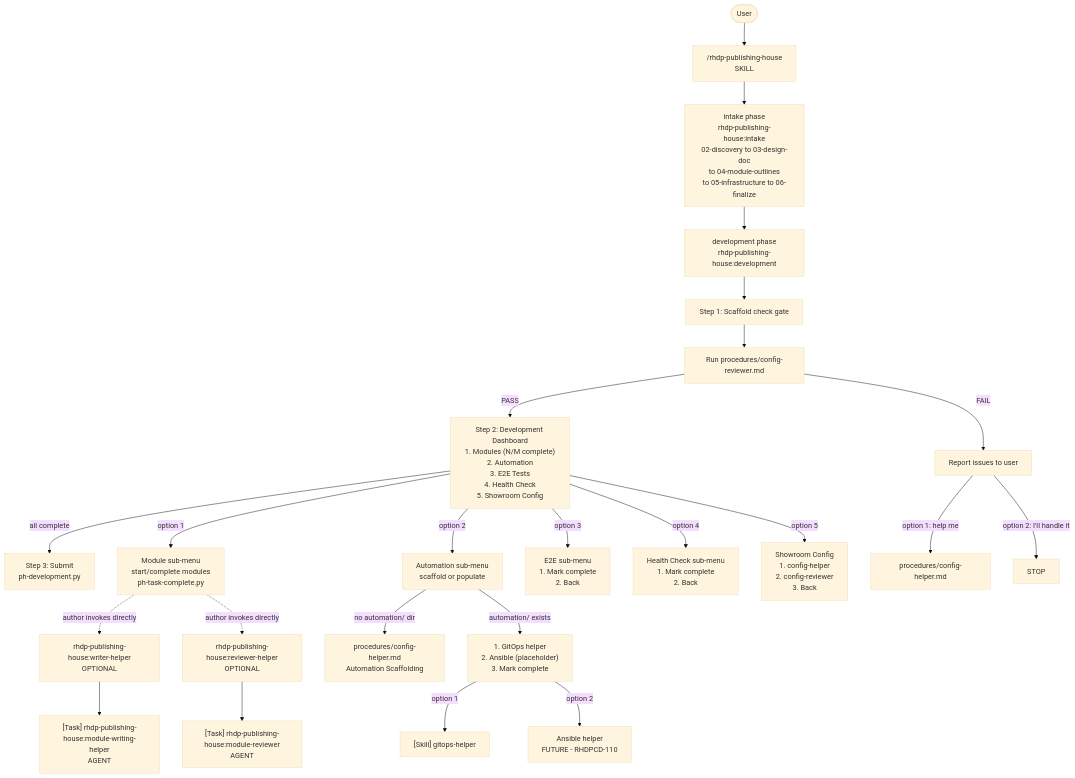
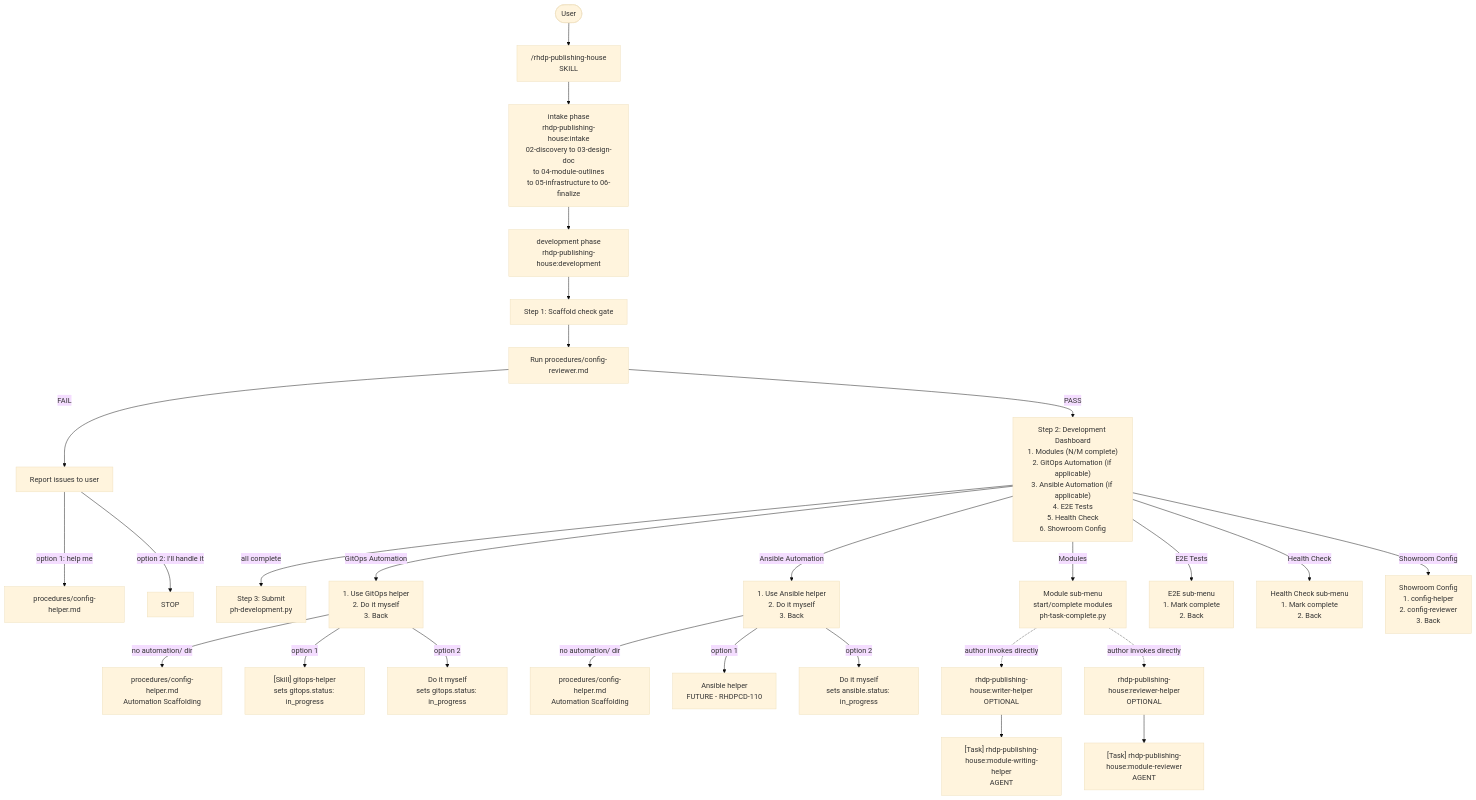
One commit to rhpds/rhdp-publishing-house-skills changed the diagram in skills/development/references/workflow-diagram.md. Above: the diagram before and after it, drawn with Mermaid (base theme). The commit also changed other lines of this file and 2 other files, not shown here.

Commit message:
feat: split automation status into per-child gitops/ansible tracking
Dashboard now shows GitOps Automation and Ansible Automation as
separate rows based on project.automation_type. Each offers
"use helper" or "do it myself" — both set in_progress. GitOps
helper marks development.automation.gitops.status specifically.

````diff
--- a/skills/development/references/workflow-diagram.md
+++ b/skills/development/references/workflow-diagram.md
@@ -10,36 +10,40 @@
 ```mermaid
 flowchart TD
     User([User]) --> PH["/rhdp-publishing-house\nSKILL"]
 
     PH --> Intake["intake phase\nrhdp-publishing-house:intake\n02-discovery to 03-design-doc\nto 04-module-outlines\nto 05-infrastructure to 06-finalize"]
 
     Intake --> Dev["development phase\nrhdp-publishing-house:development"]
 
     Dev --> S1["Step 1: Scaffold check gate"]
     S1 --> CR["Run procedures/config-reviewer.md"]
     CR -->|PASS| Dashboard
     CR -->|FAIL| Issues["Report issues to user"]
     Issues -->|option 1: help me| CH["procedures/config-helper.md"]
     Issues -->|option 2: I'll handle it| STOP1["STOP"]
 
-    Dashboard["Step 2: Development Dashboard\n1. Modules (N/M complete)\n2. Automation\n3. E2E Tests\n4. Health Check\n5. Showroom Config"]
+    Dashboard["Step 2: Development Dashboard\n1. Modules (N/M complete)\n2. GitOps Automation (if applicable)\n3. Ansible Automation (if applicable)\n4. E2E Tests\n5. Health Check\n6. Showroom Config"]
 
     Dashboard -->|all complete| Submit["Step 3: Submit\nph-development.py"]
 
-    Dashboard -->|option 1| Modules["Module sub-menu\nstart/complete modules\nph-task-complete.py"]
-    Dashboard -->|option 2| Auto["Automation sub-menu\nscaffold or populate"]
-    Dashboard -->|option 3| E2E["E2E sub-menu\n1. Mark complete\n2. Back"]
-    Dashboard -->|option 4| HC["Health Check sub-menu\n1. Mark complete\n2. Back"]
-    Dashboard -->|option 5| Config["Showroom Config\n1. config-helper\n2. config-reviewer\n3. Back"]
+    Dashboard -->|Modules| Modules["Module sub-menu\nstart/complete modules\nph-task-complete.py"]
+    Dashboard -->|GitOps Automation| GitOps["1. Use GitOps helper\n2. Do it myself\n3. Back"]
+    Dashboard -->|Ansible Automation| Ansible["1. Use Ansible helper\n2. Do it myself\n3. Back"]
+    Dashboard -->|E2E Tests| E2E["E2E sub-menu\n1. Mark complete\n2. Back"]
+    Dashboard -->|Health Check| HC["Health Check sub-menu\n1. Mark complete\n2. Back"]
+    Dashboard -->|Showroom Config| Config["Showroom Config\n1. config-helper\n2. config-reviewer\n3. Back"]
 
-    Auto -->|no automation/ dir| CH2["procedures/config-helper.md\nAutomation Scaffolding"]
-    Auto -->|automation/ exists| AutoMenu["1. GitOps helper\n2. Ansible (placeholder)\n3. Mark complete"]
-    AutoMenu -->|option 1| GH["[Skill] gitops-helper"]
-    AutoMenu -->|option 2| AH["Ansible helper\nFUTURE - RHDPCD-110"]
+    GitOps -->|no automation/ dir| CH2["procedures/config-helper.md\nAutomation Scaffolding"]
+    GitOps -->|option 1| GH["[Skill] gitops-helper\nsets gitops.status: in_progress"]
+    GitOps -->|option 2| GitOpsSelf["Do it myself\nsets gitops.status: in_progress"]
+
+    Ansible -->|no automation/ dir| CH3["procedures/config-helper.md\nAutomation Scaffolding"]
+    Ansible -->|option 1| AH["Ansible helper\nFUTURE - RHDPCD-110"]
+    Ansible -->|option 2| AnsibleSelf["Do it myself\nsets ansible.status: in_progress"]
 
     Modules -.->|author invokes directly| WriterHelper["rhdp-publishing-house:writer-helper\nOPTIONAL"]
     Modules -.->|author invokes directly| ReviewerHelper["rhdp-publishing-house:reviewer-helper\nOPTIONAL"]
 
     WriterHelper --> MWH["[Task] rhdp-publishing-house:module-writing-helper\nAGENT"]
     ReviewerHelper --> MR["[Task] rhdp-publishing-house:module-reviewer\nAGENT"]
 ```
````
